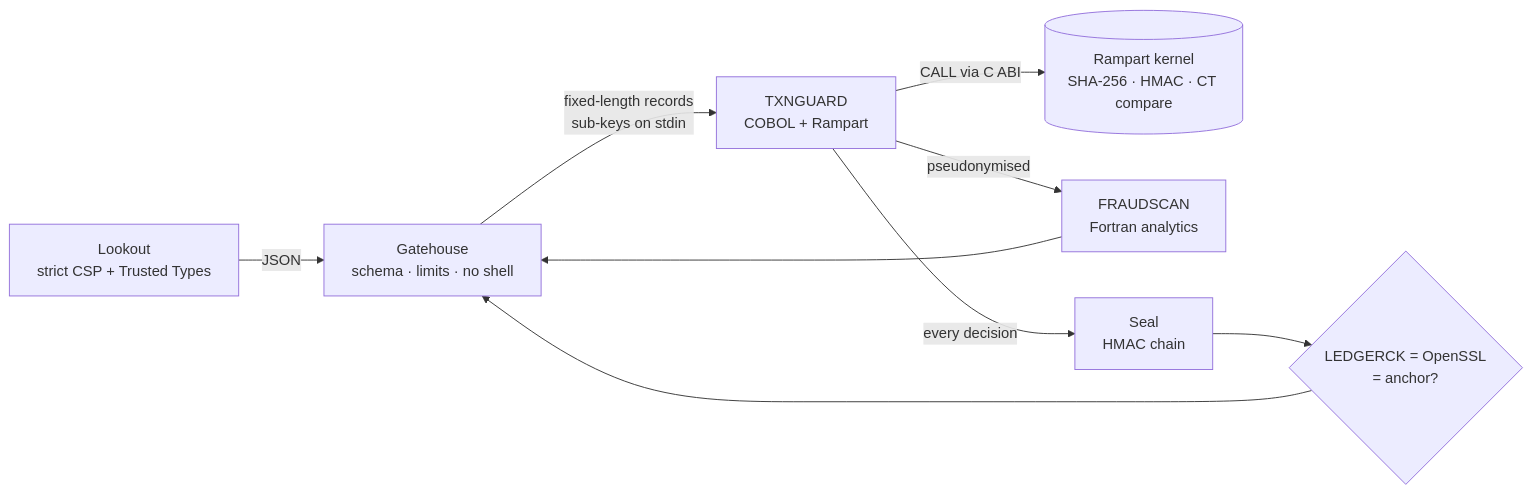
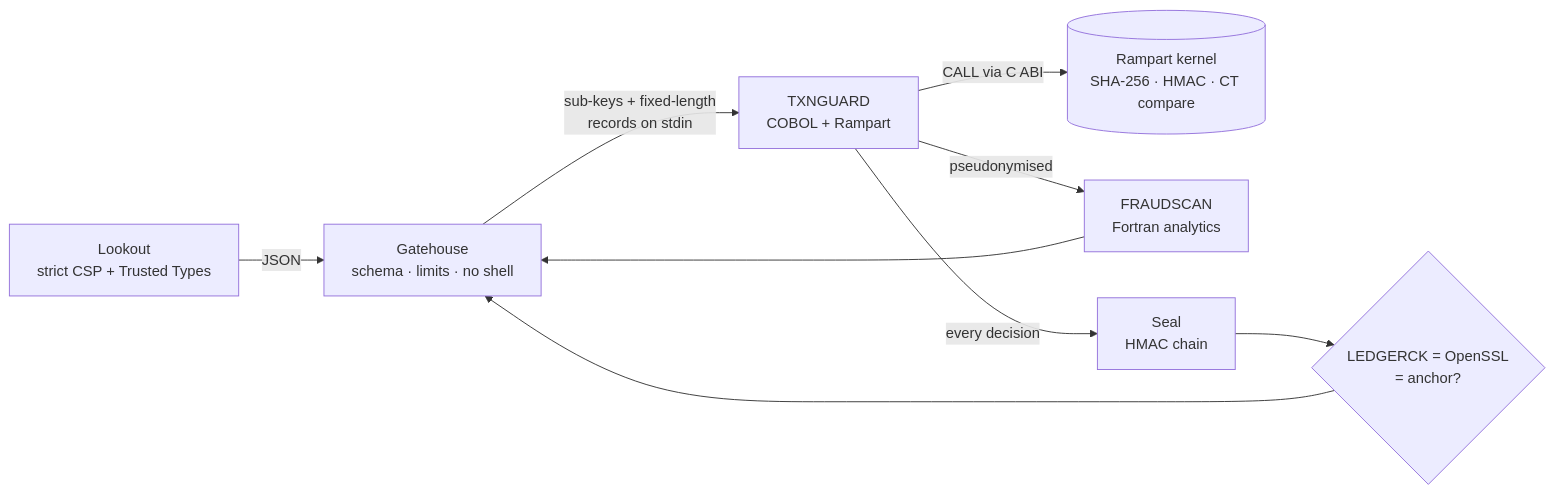
Before and after one commit to Manuelma4/alcazar: the diagram in README.md, drawn with Mermaid. The commit also changed other lines of this file and 20 other files, not shown here.

First line of the commit message:
TXNGUARD reads its batch from stdin: no input file, no PAN on disk

````diff
--- a/README.md
+++ b/README.md
@@ -104,11 +104,11 @@
 ```mermaid
 flowchart LR
   B[Lookout<br/>strict CSP + Trusted Types] -->|JSON| G[Gatehouse<br/>schema · limits · no shell]
-  G -->|fixed-length records<br/>sub-keys on stdin| T[TXNGUARD<br/>COBOL + Rampart]
+  G -->|sub-keys + fixed-length<br/>records on stdin| T[TXNGUARD<br/>COBOL + Rampart]
   T -->|CALL via C ABI| K[(Rampart kernel<br/>SHA-256 · HMAC · CT compare)]
   T -->|pseudonymised| F[FRAUDSCAN<br/>Fortran analytics]
   T -->|every decision| S[Seal<br/>HMAC chain]
   S --> V{LEDGERCK = OpenSSL<br/>= anchor?}
   F --> G
   V --> G
 ```
````
